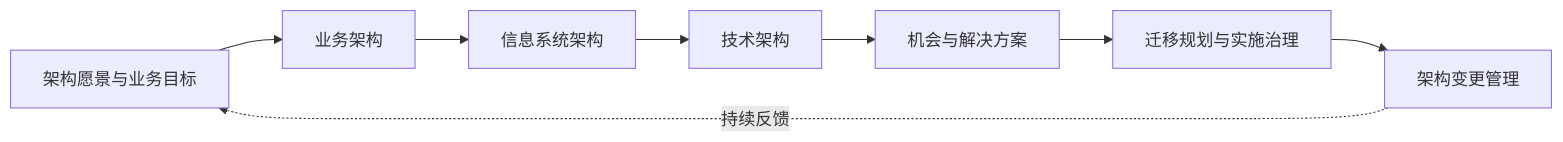
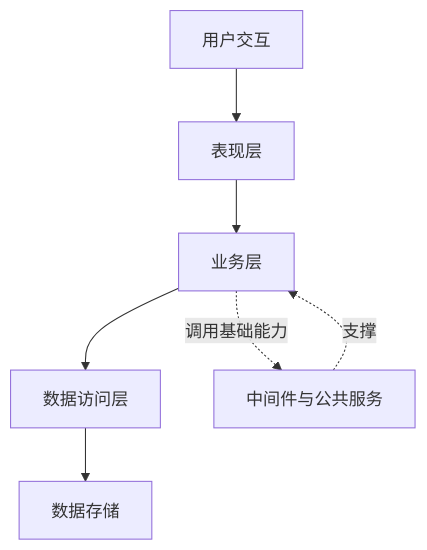
Before and after one commit to mingf423/ruankao: the third of 9 diagrams in docs/system-architecture-designer/01_官方大纲与考试政策/02_案例分析大纲脑图.md, drawn with Mermaid. The commit also changed other lines of this file, not shown here.

Commit message:
Redesign case diagrams as concise architecture concept maps

````diff
--- a/docs/system-architecture-designer/01_官方大纲与考试政策/02_案例分析大纲脑图.md
+++ b/docs/system-architecture-designer/01_官方大纲与考试政策/02_案例分析大纲脑图.md
@@ -128,10 +37,9 @@
 ```mermaid
-flowchart LR
-  A["架构愿景与业务目标"] --> B["业务架构"]
-  B --> C["信息系统架构"]
-  C --> D["技术架构"]
-  D --> E["机会与解决方案"]
-  E --> F["迁移规划与实施治理"]
-  F --> G["架构变更管理"]
-  G -.持续反馈.-> A
+flowchart TD
+  U["用户交互"] --> P["表现层"]
+  P --> B["业务层"]
+  B --> D["数据访问层"]
+  D --> S["数据存储"]
+  B -.调用基础能力.-> M["中间件与公共服务"]
+  M -.支撑.-> B
 ```
````
